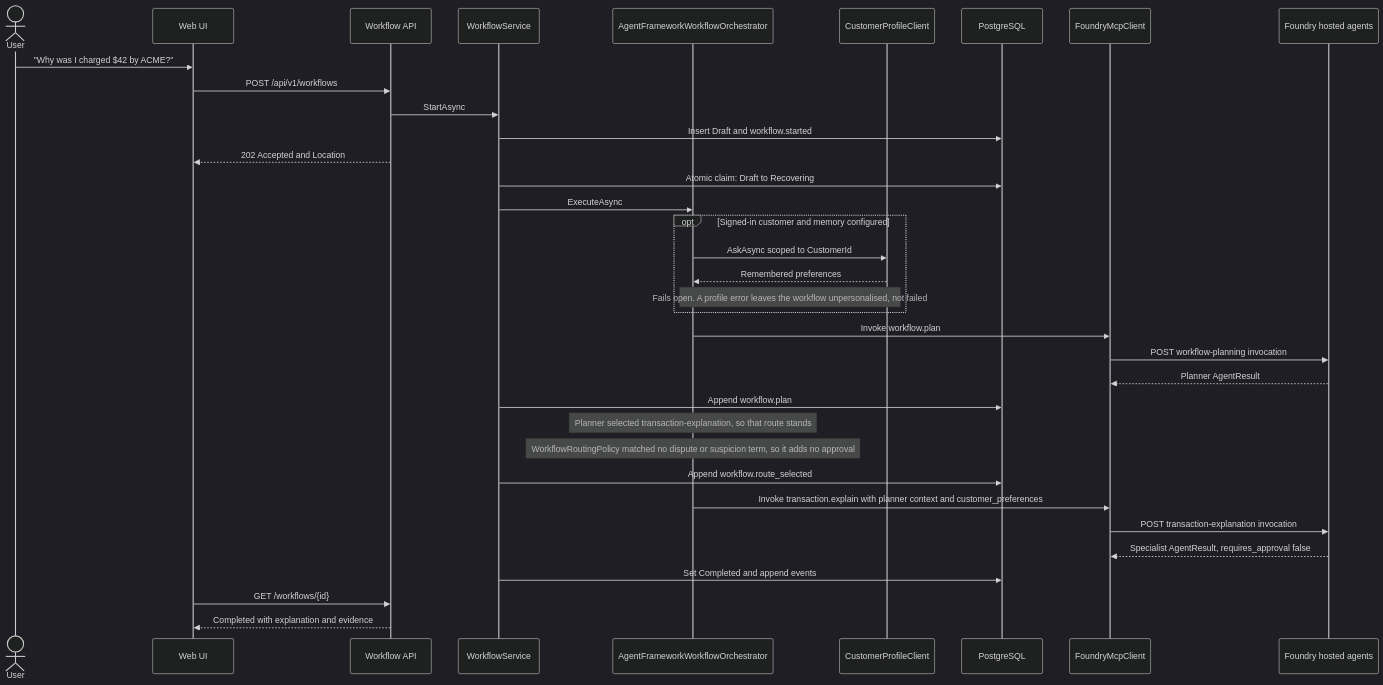
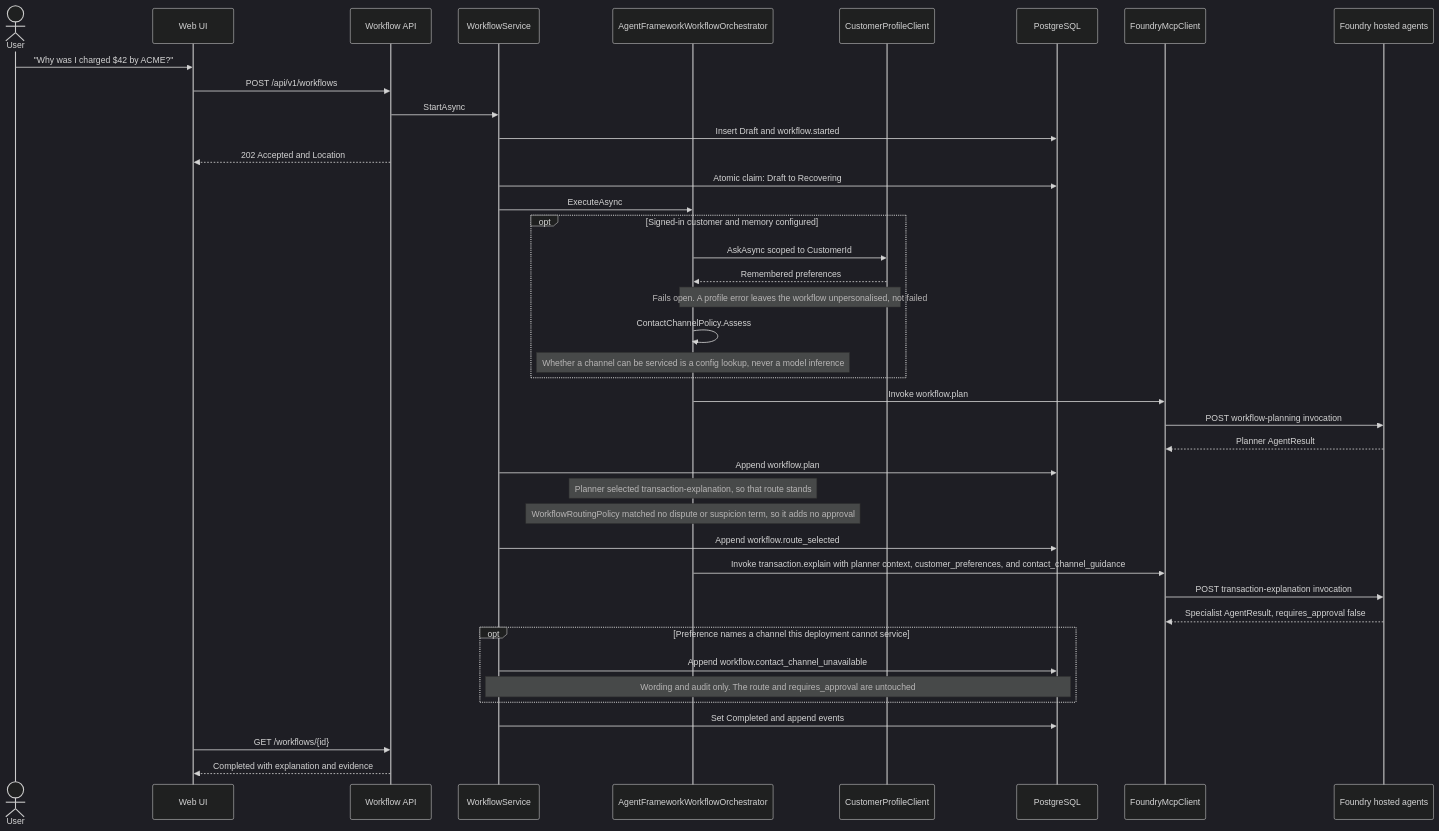
Before and after one commit to briandenicola/banking-agent-foundry-orchestrator: the first of 5 diagrams in docs/mvp-implementation-operations-guide.md, drawn with Mermaid (dark theme). The commit also changed other lines of this file and 7 other files, not shown here.

````diff
--- a/docs/mvp-implementation-operations-guide.md
+++ b/docs/mvp-implementation-operations-guide.md
@@ -404,42 +404,48 @@
 ```mermaid
 sequenceDiagram
     actor User
     participant UI as Web UI
     participant API as Workflow API
     participant SVC as WorkflowService
     participant ORCH as AgentFrameworkWorkflowOrchestrator
     participant Profile as CustomerProfileClient
     participant DB as PostgreSQL
     participant FClient as FoundryMcpClient
     participant Foundry as Foundry hosted agents
 
     User->>UI: "Why was I charged $42 by ACME?"
     UI->>API: POST /api/v1/workflows
     API->>SVC: StartAsync
     SVC->>DB: Insert Draft and workflow.started
     API-->>UI: 202 Accepted and Location
     SVC->>DB: Atomic claim: Draft to Recovering
     SVC->>ORCH: ExecuteAsync
 
     opt Signed-in customer and memory configured
         ORCH->>Profile: AskAsync scoped to CustomerId
         Profile-->>ORCH: Remembered preferences
         Note over ORCH,Profile: Fails open. A profile error leaves the workflow unpersonalised, not failed
+        ORCH->>ORCH: ContactChannelPolicy.Assess
+        Note over ORCH: Whether a channel can be serviced is a config lookup, never a model inference
     end
 
     ORCH->>FClient: Invoke workflow.plan
     FClient->>Foundry: POST workflow-planning invocation
     Foundry-->>FClient: Planner AgentResult
     SVC->>DB: Append workflow.plan
 
     Note over ORCH: Planner selected transaction-explanation, so that route stands
     Note over ORCH: WorkflowRoutingPolicy matched no dispute or suspicion term, so it adds no approval
     SVC->>DB: Append workflow.route_selected
 
-    ORCH->>FClient: Invoke transaction.explain with planner context and customer_preferences
+    ORCH->>FClient: Invoke transaction.explain with planner context, customer_preferences, and contact_channel_guidance
     FClient->>Foundry: POST transaction-explanation invocation
     Foundry-->>FClient: Specialist AgentResult, requires_approval false
+    opt Preference names a channel this deployment cannot service
+        SVC->>DB: Append workflow.contact_channel_unavailable
+        Note over SVC,DB: Wording and audit only. The route and requires_approval are untouched
+    end
     SVC->>DB: Set Completed and append events
     UI->>API: GET /workflows/{id}
     API-->>UI: Completed with explanation and evidence
 ```
````
